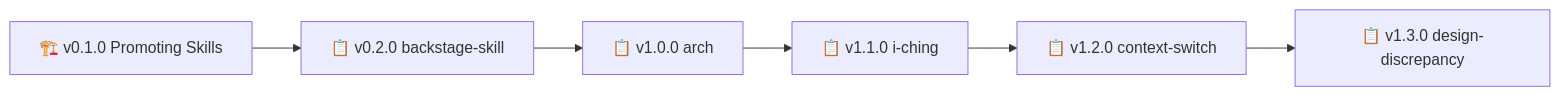
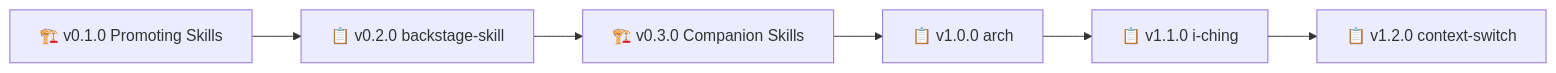
The first of 2 diagrams in README.md (nonlinear/skills), drawn with Mermaid before and after one commit. The commit also changed other lines of this file and 5 other files, not shown here.

Commit message:
Add v0.3.0 epic: Dealing with Companion Skills (version parity, symlinks, update detection)

````diff
--- a/README.md
+++ b/README.md
@@ -50,8 +41,8 @@
 ```mermaid
 graph LR
     A[🏗️ v0.1.0 Promoting Skills] --> B[📋 v0.2.0 backstage-skill]
-    B --> C[📋 v1.0.0 arch]
-    C --> D[📋 v1.1.0 i-ching]
-    D --> E[📋 v1.2.0 context-switch]
-    E --> F[📋 v1.3.0 design-discrepancy]
+    B --> C[🏗️ v0.3.0 Companion Skills]
+    C --> D[📋 v1.0.0 arch]
+    D --> E[📋 v1.1.0 i-ching]
+    E --> F[📋 v1.2.0 context-switch]
 ```
````
